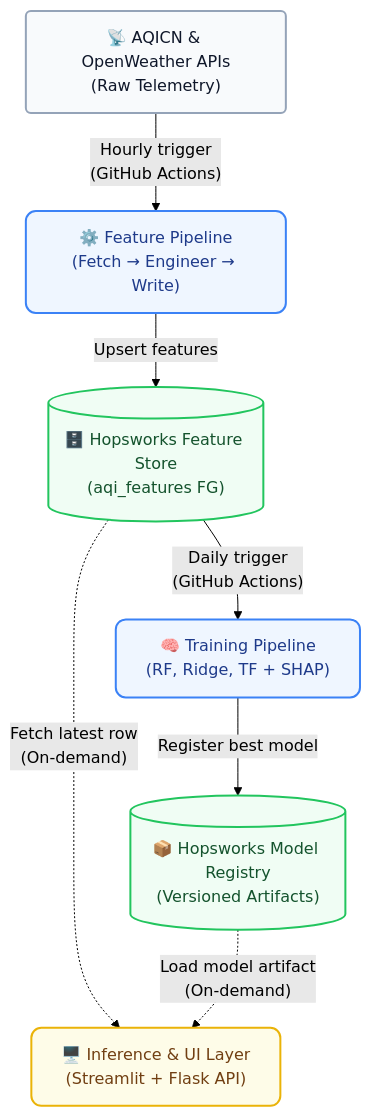
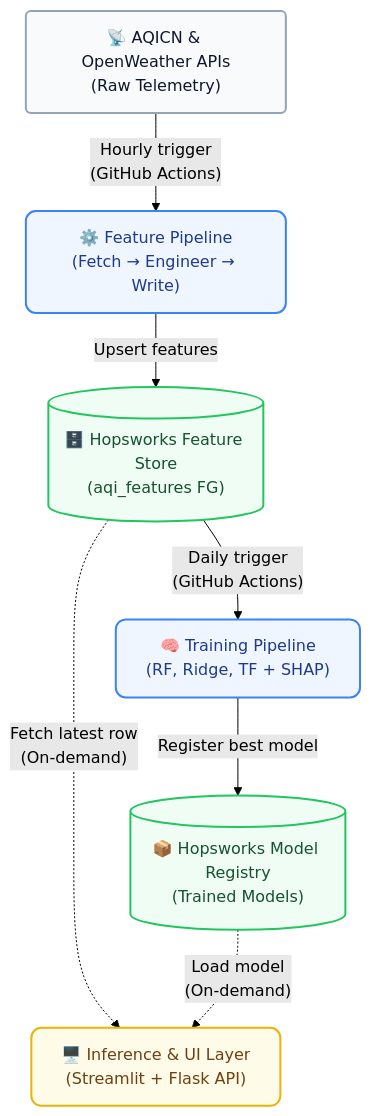
The diagram in README.md (AffanZulfiqar/Pearls-AQI-Predictor), drawn with Mermaid (forest theme) before and after one commit.

Commit message:
Update diagram labels (remove 'artifact' wording)

````diff
--- a/README.md
+++ b/README.md
@@ -11,24 +11,24 @@
 ```mermaid
 graph TD
     %% Styling
     classDef api fill:#f8fafc,stroke:#94a3b8,stroke-width:2px,color:#0f172a,rx:5px,ry:5px;
     classDef pipeline fill:#eff6ff,stroke:#3b82f6,stroke-width:2px,color:#1e3a8a,rx:10px,ry:10px;
     classDef hopsworks fill:#f0fdf4,stroke:#22c55e,stroke-width:2px,color:#14532d,rx:10px,ry:10px;
     classDef ui fill:#fefce8,stroke:#eab308,stroke-width:2px,color:#713f12,rx:10px,ry:10px;
 
     %% Nodes
     A["📡 AQICN & OpenWeather APIs<br/>(Raw Telemetry)"]:::api
     B["⚙️ Feature Pipeline<br/>(Fetch → Engineer → Write)"]:::pipeline
     C[("🗄️ Hopsworks Feature Store<br/>(aqi_features FG)")]:::hopsworks
     D["🧠 Training Pipeline<br/>(RF, Ridge, TF + SHAP)"]:::pipeline
-    E[("📦 Hopsworks Model Registry<br/>(Versioned Artifacts)")]:::hopsworks
+    E[("📦 Hopsworks Model Registry<br/>(Trained Models)")]:::hopsworks
     F["🖥️ Inference & UI Layer<br/>(Streamlit + Flask API)"]:::ui
 
     %% Edges
     A -- "Hourly trigger<br>(GitHub Actions)" --> B
     B -- "Upsert features" --> C
     C -- "Daily trigger<br>(GitHub Actions)" --> D
     D -- "Register best model" --> E
     C -. "Fetch latest row<br>(On-demand)" .-> F
-    E -. "Load model artifact<br>(On-demand)" .-> F
+    E -. "Load model<br>(On-demand)" .-> F
 ```
````
